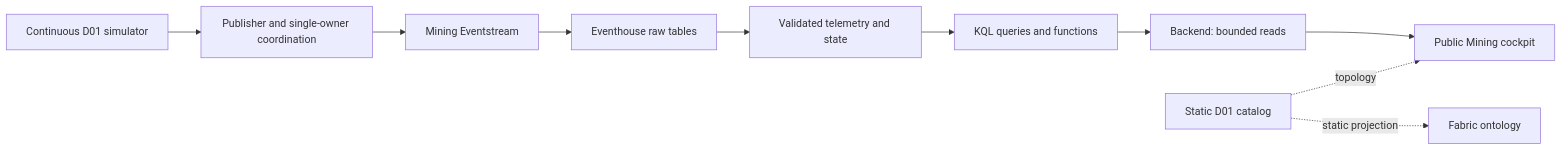
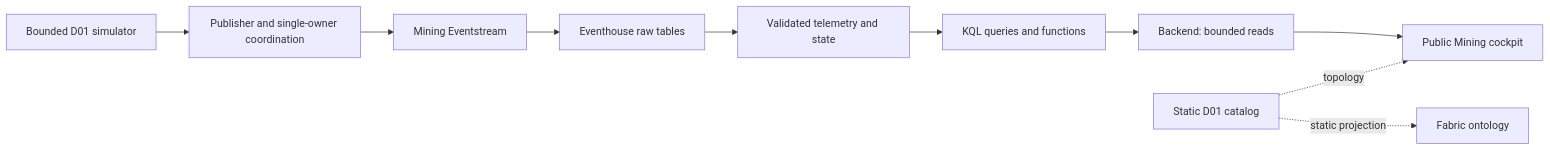
One commit to ribumann/fabrictritwin changed the diagram in docs/mining-learning-guide.md. Above: the diagram before and after it, drawn with Mermaid. The commit also changed other lines of this file and 27 other files, not shown here.

````diff
--- a/docs/mining-learning-guide.md
+++ b/docs/mining-learning-guide.md
@@ -13,12 +14,12 @@
 ```mermaid
 flowchart LR
-    S[Continuous D01 simulator] --> P[Publisher and single-owner coordination]
+    S[Bounded D01 simulator] --> P[Publisher and single-owner coordination]
     P --> E[Mining Eventstream]
     E --> R[Eventhouse raw tables]
     R --> V[Validated telemetry and state]
     V --> Q[KQL queries and functions]
     Q --> B[Backend: bounded reads]
     B --> C[Public Mining cockpit]
     D[Static D01 catalog] -. topology .-> C
     D -. static projection .-> O[Fabric ontology]
 ```
````
